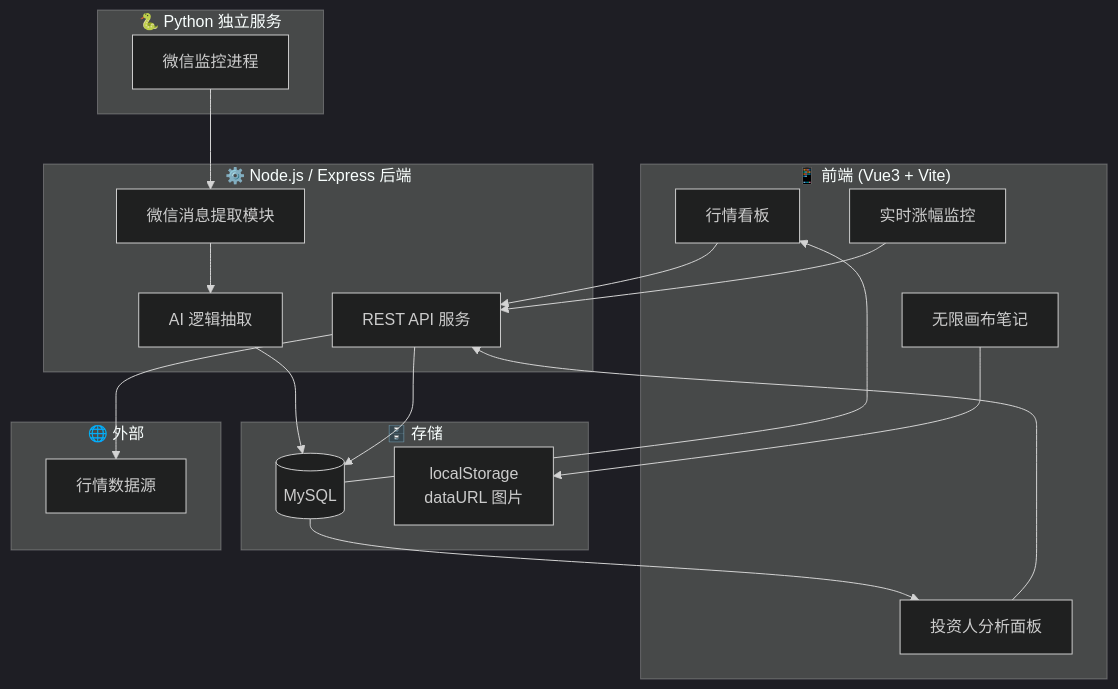
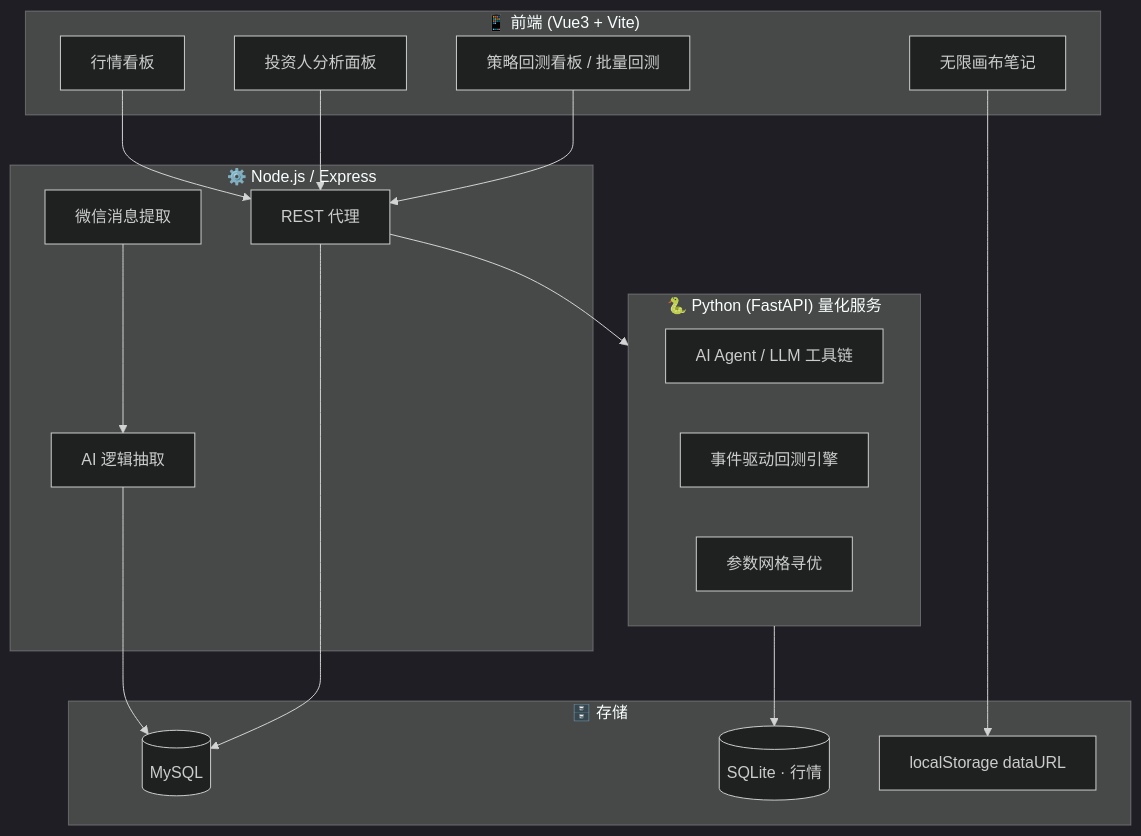
Before and after one commit to wangwenlin-coder05/asset-tracker-ai: the first of 2 diagrams in README.md, drawn with Mermaid (dark theme). The commit also changed other lines of this file, not shown here.

````diff
--- a/README.md
+++ b/README.md
@@ -36,41 +29,35 @@
 ```mermaid
 flowchart TB
     subgraph Client["📱 前端 (Vue3 + Vite)"]
         D["行情看板"]
         P["投资人分析面板"]
         C["无限画布笔记"]
-        M["实时涨幅监控"]
+        Q["策略回测看板 / 批量回测"]
     end
 
-    subgraph Backend["⚙️ Node.js / Express 后端"]
-        API["REST API 服务"]
-        WX["微信消息提取模块"]
+    subgraph Backend["⚙️ Node.js / Express"]
+        API["REST 代理"]
+        WX["微信消息提取"]
         AI["AI 逻辑抽取"]
     end
 
-    subgraph Monitor["🐍 Python 独立服务"]
-        WM["微信监控进程"]
+    subgraph Quant["🐍 Python (FastAPI) 量化服务"]
+        AGENT["AI Agent / LLM 工具链"]
+        ENGINE["事件驱动回测引擎"]
+        GRID["参数网格寻优"]
     end
 
-    subgraph Backend["⚙️ Node.js / Express 后端"]
-        API["REST API 服务"]
-        WX["微信消息提取模块"]
-        AI["AI 逻辑抽取"]
-    end
     subgraph Store["🗄️ 存储"]
         DB[(MySQL)]
-        LS["localStorage\ndataURL 图片"]
-    end
-    subgraph Ext["🌐 外部"]
-        DATA["行情数据源"]
+        SQLITE[(SQLite · 行情)]
+        LS["localStorage dataURL"]
     end
 
-    D & M --> API
+    D --> API
     P --> API
+    Q --> API --> Quant
     C --> LS
-    WM --> WX --> AI --> DB
+    WX --> AI --> DB
+    Quant --> SQLITE
     API --> DB
-    API --> DATA
-    DB --> D
-    DB --> P
 ```
````
